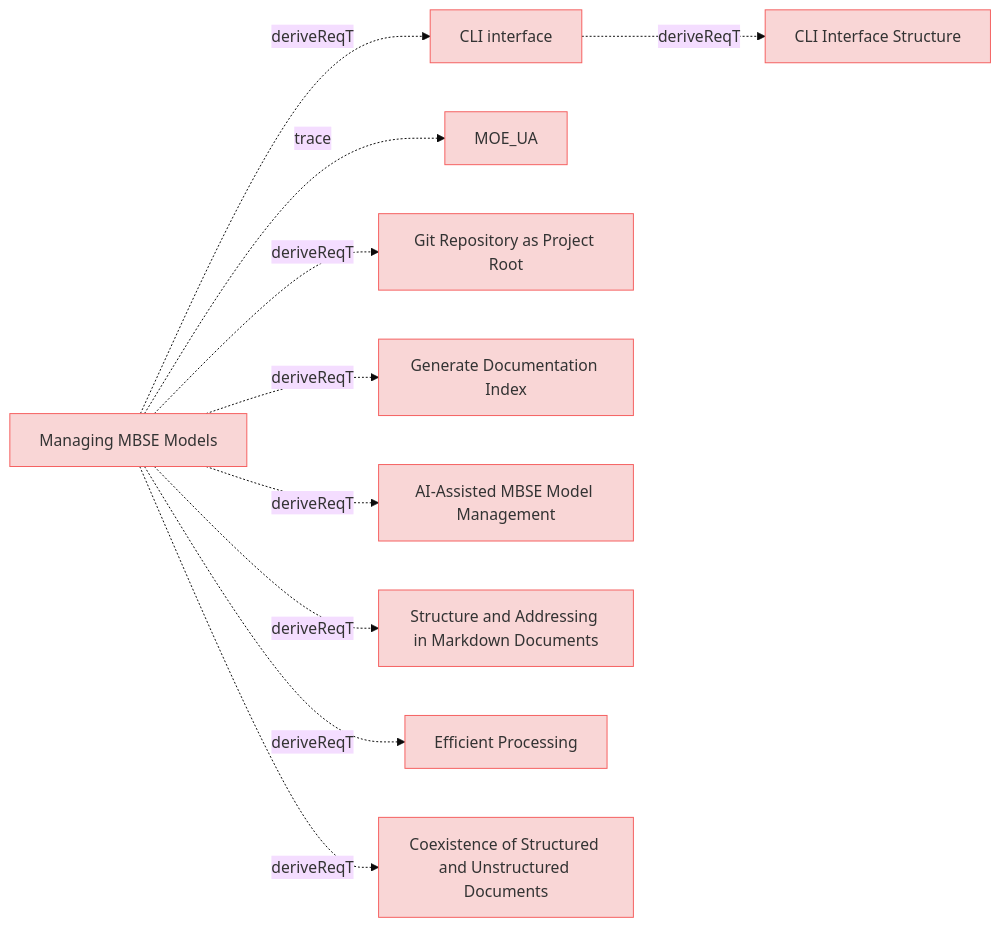
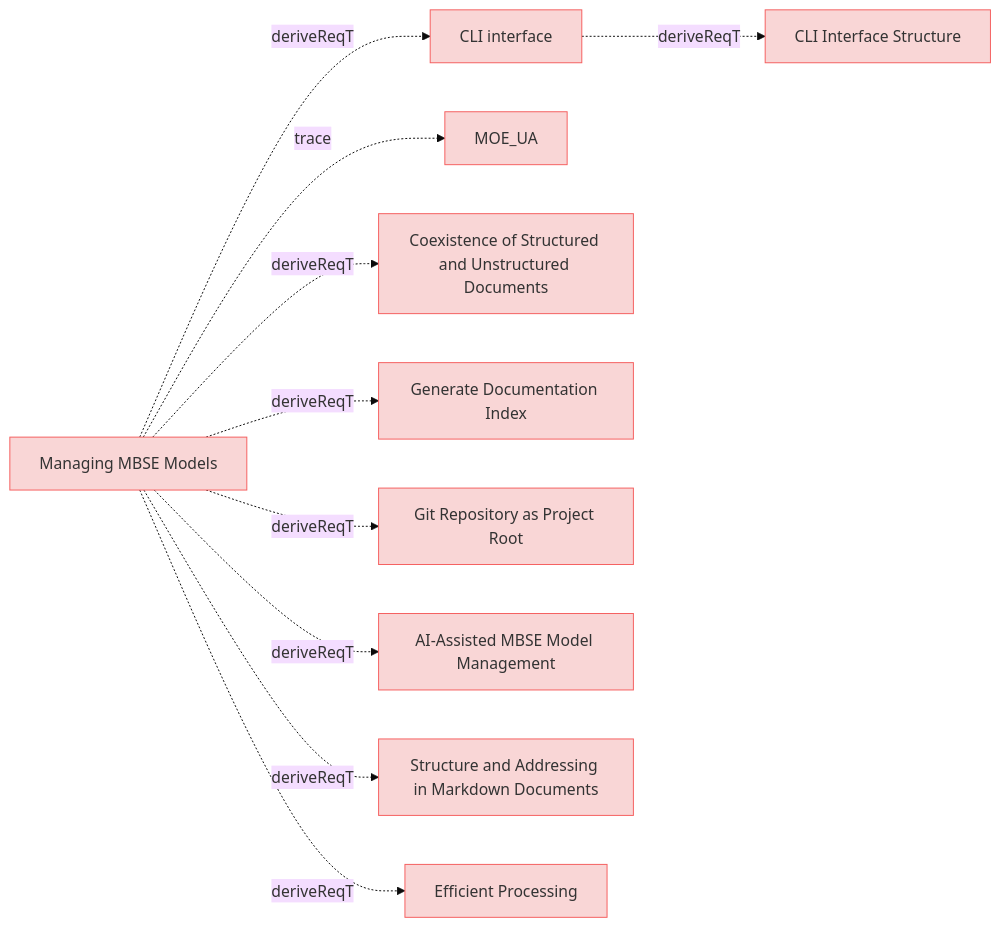
One commit to reqvire-org/reqvire changed the ninth of 9 diagrams in specifications/UserRequirements.md. Above: the diagram before and after it, drawn with Mermaid (base theme). The commit also changed other lines of this file and 31 other files, not shown here.

````diff
--- a/specifications/UserRequirements.md
+++ b/specifications/UserRequirements.md
@@ -1027,49 +1039,49 @@
 ```mermaid
 graph LR;
   %% REQVIRE-AUTOGENERATED-DIAGRAM
   %% Graph styling
   classDef requirement fill:#f9d6d6,stroke:#f55f5f,stroke-width:1px;
   classDef verification fill:#d6f9d6,stroke:#5fd75f,stroke-width:1px;
   classDef externalLink fill:#d0e0ff,stroke:#3080ff,stroke-width:1px;
   classDef default fill:#f5f5f5,stroke:#333333,stroke-width:1px;
 
   f28849d46c19af44["CLI interface"];
   class f28849d46c19af44 requirement;
   click f28849d46c19af44 "UserRequirements.md#cli-interface";
   8f22faacdb454b23["CLI Interface Structure"];
   class 8f22faacdb454b23 requirement;
   click 8f22faacdb454b23 "SystemRequirements/Requirements.md#cli-interface-structure";
   f28849d46c19af44 -.->|deriveReqT| 8f22faacdb454b23;
   e61b7c1baa89bfc6["Managing MBSE Models"];
   class e61b7c1baa89bfc6 requirement;
   click e61b7c1baa89bfc6 "UserStories.md#managing-mbse-models";
   2c5f30f14e792200["MOE_UA"];
   class 2c5f30f14e792200 requirement;
   click 2c5f30f14e792200 "MOEs.md#moe_ua";
   e61b7c1baa89bfc6 -.->|trace| 2c5f30f14e792200;
+  f0d721424636370e["Coexistence of Structured and Unstructured Documents"];
+  class f0d721424636370e requirement;
+  click f0d721424636370e "ManagingMbseModelsRequirements.md#coexistence-of-structured-and-unstructured-documents";
+  e61b7c1baa89bfc6 -.->|deriveReqT| f0d721424636370e;
+  c2b6c74b77726ad9["Generate Documentation Index"];
+  class c2b6c74b77726ad9 requirement;
+  click c2b6c74b77726ad9 "UserRequirements.md#generate-documentation-index";
+  e61b7c1baa89bfc6 -.->|deriveReqT| c2b6c74b77726ad9;
   649d72765b13e14f["Git Repository as Project Root"];
   class 649d72765b13e14f requirement;
   click 649d72765b13e14f "ManagingMbseModelsRequirements.md#git-repository-as-project-root";
   e61b7c1baa89bfc6 -.->|deriveReqT| 649d72765b13e14f;
-  c2b6c74b77726ad9["Generate Documentation Index"];
-  class c2b6c74b77726ad9 requirement;
-  click c2b6c74b77726ad9 "UserRequirements.md#generate-documentation-index";
-  e61b7c1baa89bfc6 -.->|deriveReqT| c2b6c74b77726ad9;
   cd2d5dab49985ca2["AI-Assisted MBSE Model Management"];
   class cd2d5dab49985ca2 requirement;
   click cd2d5dab49985ca2 "UserStories.md#ai-assisted-mbse-model-management";
   e61b7c1baa89bfc6 -.->|deriveReqT| cd2d5dab49985ca2;
   ade67c27bc5d3bbd["Structure and Addressing in Markdown Documents"];
   class ade67c27bc5d3bbd requirement;
   click ade67c27bc5d3bbd "SpecificationsRequirements.md#structure-and-addressing-in-markdown-documents";
   e61b7c1baa89bfc6 -.->|deriveReqT| ade67c27bc5d3bbd;
   d193d11c43776bec["Efficient Processing"];
   class d193d11c43776bec requirement;
   click d193d11c43776bec "ManagingMbseModelsRequirements.md#efficient-processing";
   e61b7c1baa89bfc6 -.->|deriveReqT| d193d11c43776bec;
   e61b7c1baa89bfc6 -.->|deriveReqT| f28849d46c19af44;
-  f0d721424636370e["Coexistence of Structured and Unstructured Documents"];
-  class f0d721424636370e requirement;
-  click f0d721424636370e "ManagingMbseModelsRequirements.md#coexistence-of-structured-and-unstructured-documents";
-  e61b7c1baa89bfc6 -.->|deriveReqT| f0d721424636370e;
 ```
````
